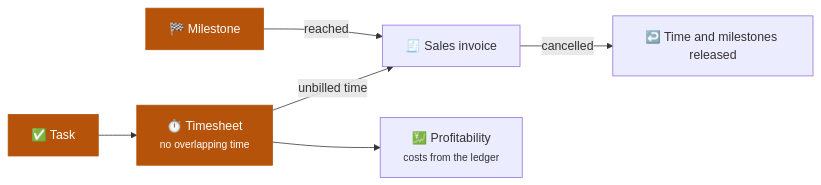
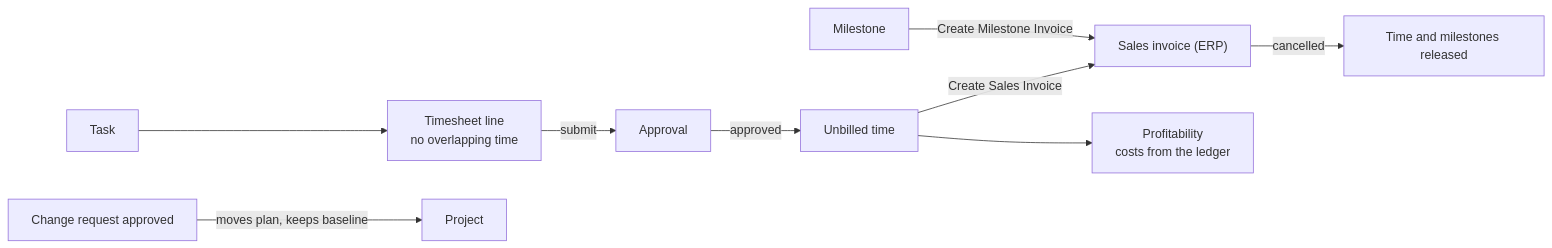
The first of 3 diagrams in README.md (CBFerrum/ferrum-app-projects), drawn with Mermaid before and after one commit. The commit also changed other lines of this file and 28 other files, not shown here.

First line of the commit message:
docs: end-to-end README with screenshots, features, comparison and roadmap

````diff
--- a/README.md
+++ b/README.md
@@ -101,10 +257,11 @@
 ```mermaid
 flowchart LR
-    T["✅ Task"] --> TS["⏱️ Timesheet<br/><small>no overlapping time</small>"]
-    TS -->|unbilled time| INV["🧾 Sales invoice"]
-    M["🏁 Milestone"] -->|reached| INV
-    INV -->|cancelled| R["↩️ Time and milestones released"]
-    TS --> P["💹 Profitability<br/><small>costs from the ledger</small>"]
-    classDef app fill:#b45309,color:#fff,stroke:#b45309
-    class T,TS,M app
+    T["Task"] --> TS["Timesheet line<br/>no overlapping time"]
+    TS -->|"submit"| AP["Approval"]
+    AP -->|"approved"| TM["Unbilled time"]
+    TM -->|"Create Sales Invoice"| INV["Sales invoice (ERP)"]
+    M["Milestone"] -->|"Create Milestone Invoice"| INV
+    INV -->|"cancelled"| R["Time and milestones released"]
+    TM --> P["Profitability<br/>costs from the ledger"]
+    CR["Change request approved"] -->|"moves plan, keeps baseline"| PR["Project"]
 ```
````
